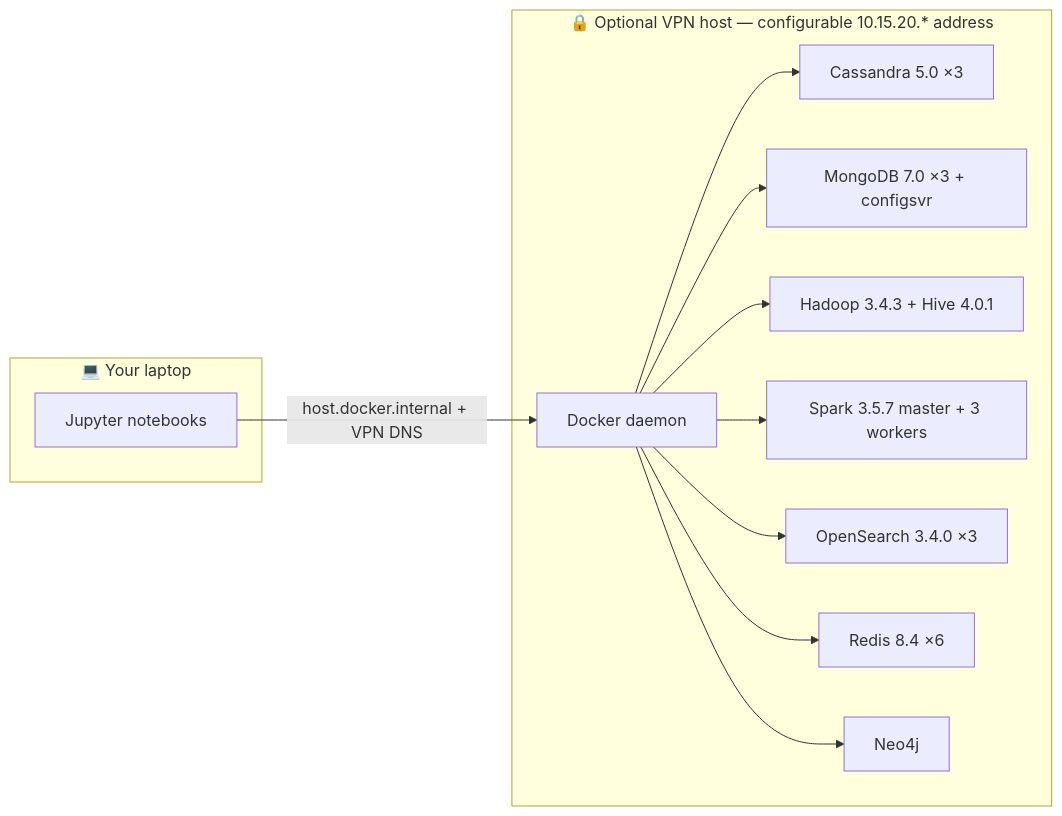
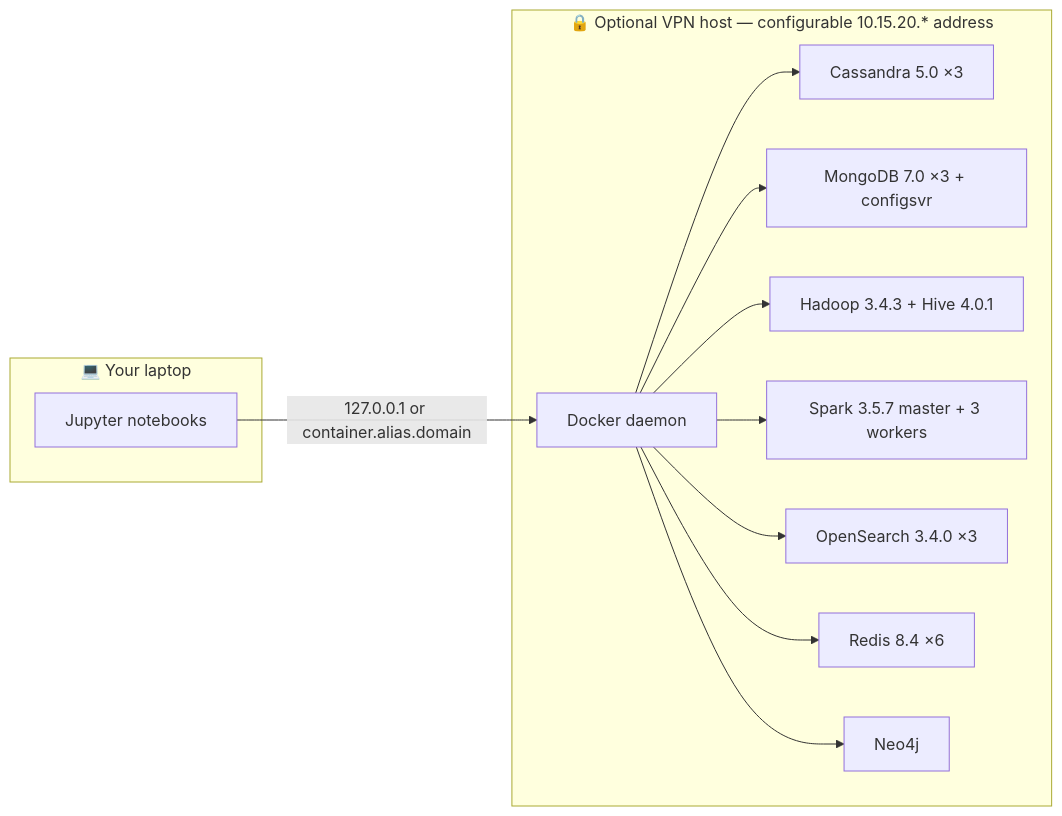
Before and after one commit to non-relational-dbs/labs: the first of 8 diagrams in README.md, drawn with Mermaid. The commit also changed other lines of this file and 38 other files, not shown here.

````diff
--- a/README.md
+++ b/README.md
@@ -63,24 +63,24 @@
 ```mermaid
 flowchart LR
     subgraph Laptop["💻 Your laptop"]
         NB["Jupyter notebooks"]
     end
     subgraph VPN["🔒 Optional VPN host — configurable 10.15.20.* address"]
         D["Docker daemon"]
         C["Cassandra 5.0 ×3"]
         M["MongoDB 7.0 ×3 + configsvr"]
         H["Hadoop 3.4.3 + Hive 4.0.1"]
         S["Spark 3.5.7 master + 3 workers"]
         O["OpenSearch 3.4.0 ×3"]
         R["Redis 8.4 ×6"]
         N["Neo4j"]
     end
-    NB -->|"host.docker.internal + VPN DNS"| D
+    NB -->|"127.0.0.1 or container.alias.domain"| D
     D --> C
     D --> M
     D --> H
     D --> S
     D --> O
     D --> R
     D --> N
 ```
````
